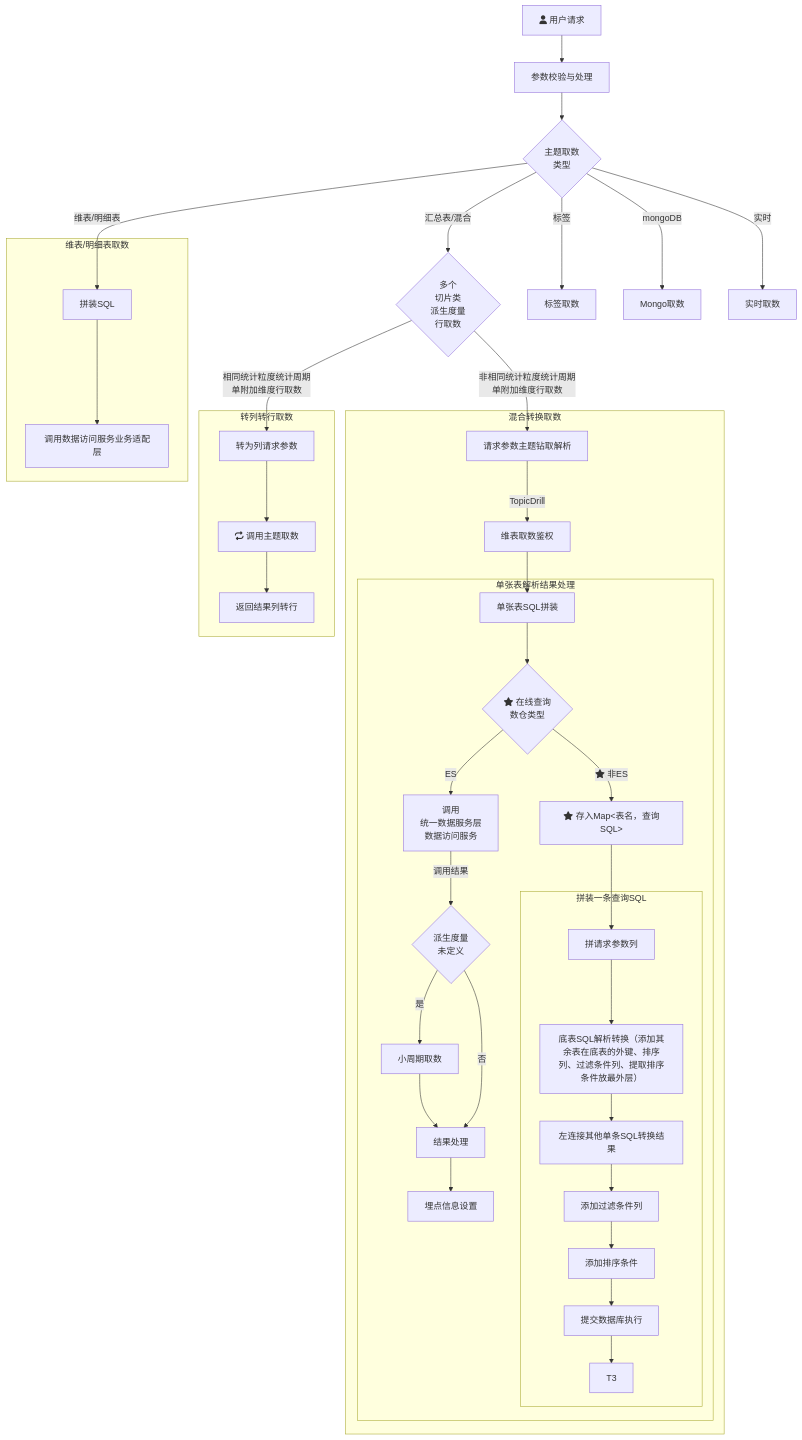
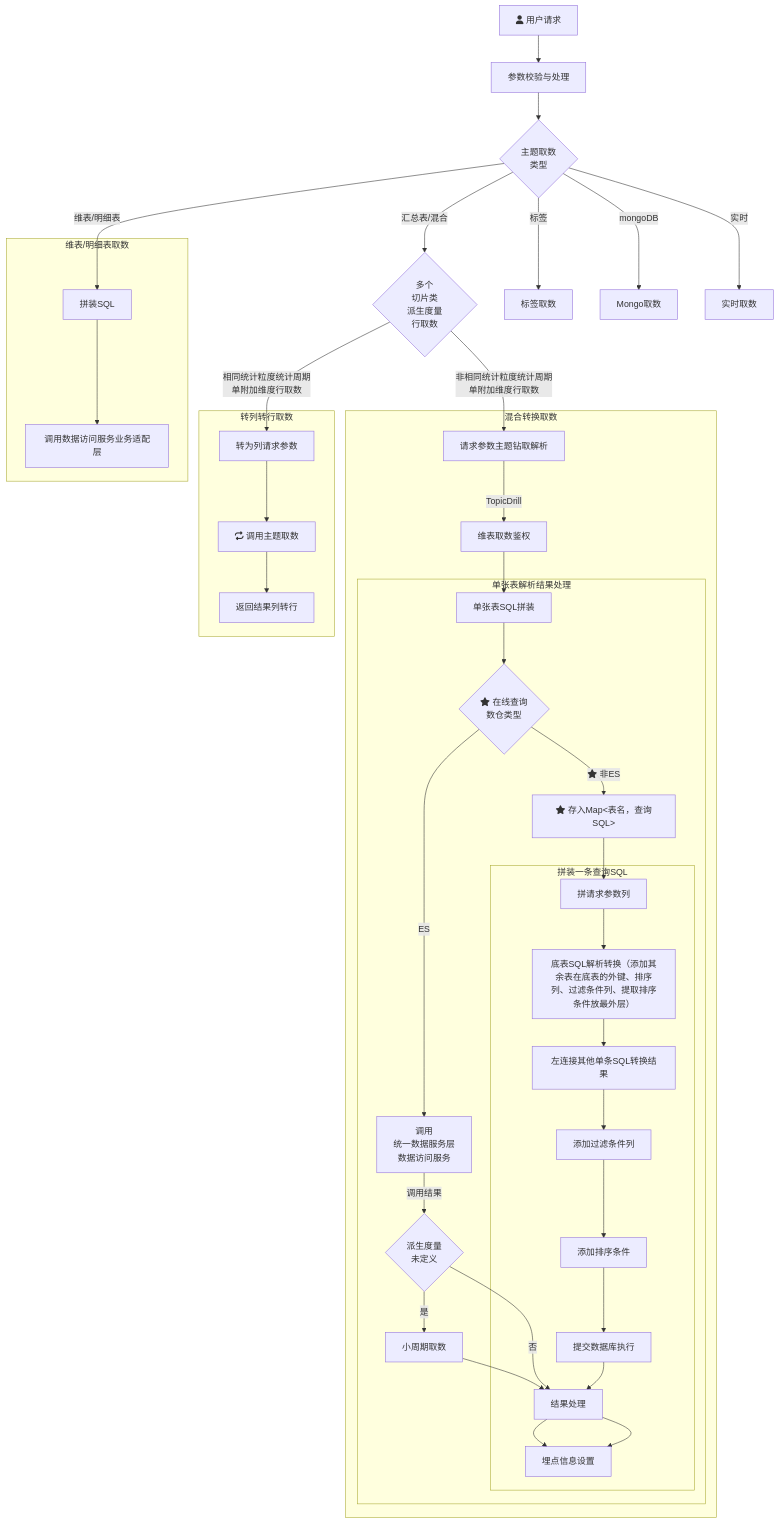
The diagram in all/未命名.md (yanglosm/iodraw-files), drawn with Mermaid before and after one commit.

Commit message:
2024-11-29 19:40:43 update

````diff
--- a/all/未命名.md
+++ b/all/未命名.md
@@ -1,30 +1,30 @@
 ```mermaid
 flowchart TD
     A[fa:fa-user 用户请求] -->A1[参数校验与处理] --> B{主题取数\n类型}
     B -->|维表/明细表| D[拼装SQL]
     B -->|汇总表/混合| E{多个\n切片类\n派生度量\n行取数}
     B -->|标签| F[标签取数]
     B -->|mongoDB| G[Mongo取数]
     B -->|实时| H[实时取数]
     E -->|相同统计粒度统计周期\n单附加维度行取数| E1[转为列请求参数]
     E -->|非相同统计粒度统计周期\n单附加维度行取数| T1[请求参数主题钻取解析]
     subgraph 维表/明细表取数
     D-->D1[调用数据访问服务业务适配层]
     end
     subgraph 转列转行取数
     E1-->E11[fa:fa-repeat 调用主题取数]-->E12[返回结果列转行]
     end
     subgraph 混合转换取数
     T1-->|TopicDrill| T2[维表取数鉴权] --> T31[单张表SQL拼装]
         subgraph 单张表解析结果处理
         T31 --> T4{fa:fa-star 在线查询\n数仓类型}-->|ES|T32[调用\n统一数据服务层\n数据访问服务] --> |调用结果|T33{派生度量\n未定义}
         T33 --> |是|T33_1[小周期取数]-->T34[结果处理]-->T35[埋点信息设置]
         T33 --> |否|T34
         T4 --> |fa:fa-star 非ES|T41["fa:fa-star 存入Map<表名，查询SQL>"]
         T41 --> T42[拼请求参数列]
             subgraph 拼装一条查询SQL
-            T42 --> M1[底表SQL解析转换（添加其余表在底表的外键、排序列、过滤条件列、提取排序条件放最外层）] --> M2[左连接其他单条SQL转换结果] --> 添加过滤条件列 --> 添加排序条件 --> 提交数据库执行 --> T3
+            T42 --> M1[底表SQL解析转换（添加其余表在底表的外键、排序列、过滤条件列、提取排序条件放最外层）] --> M2[左连接其他单条SQL转换结果] --> 添加过滤条件列 --> 添加排序条件 --> 提交数据库执行 --> T34 --> T35
             end
         end
     end
 ```
````
